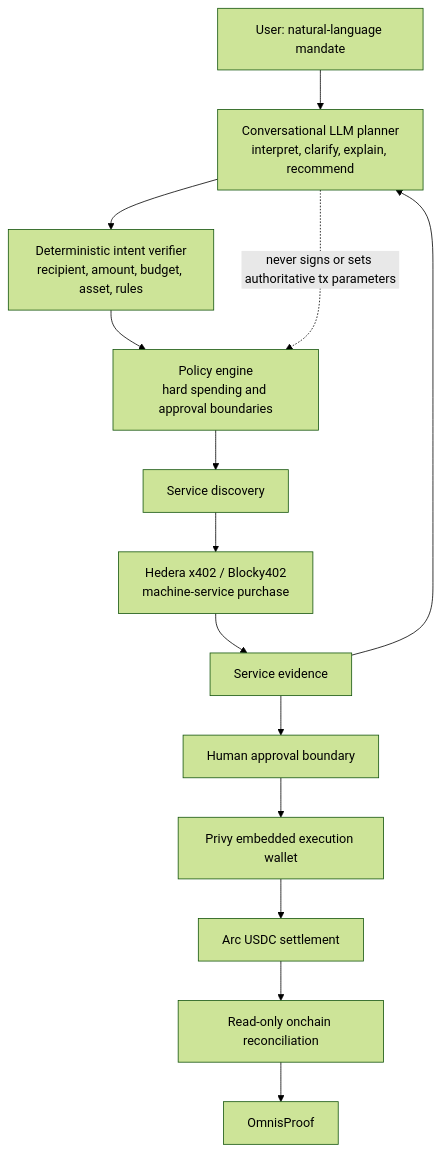
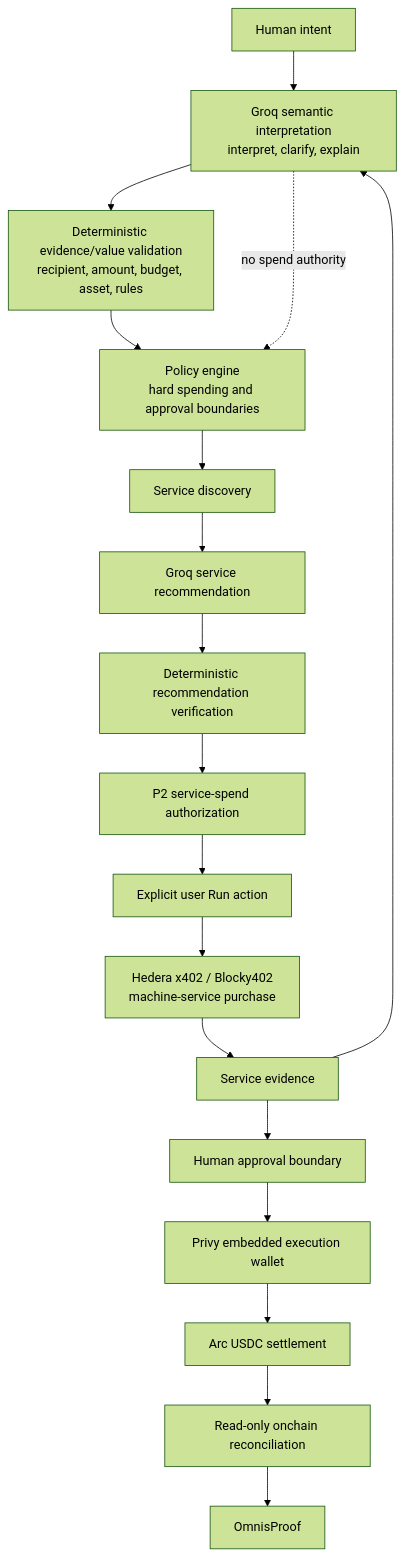
The first of 2 diagrams in README.md (Devendurance/Omnis), drawn with Mermaid (forest theme) before and after one commit. The commit also changed other lines of this file and 19 other files, not shown here.

````diff
--- a/README.md
+++ b/README.md
@@ -308,17 +340,21 @@
 ```mermaid
 flowchart TD
-    U["User: natural-language mandate"] --> L["Conversational LLM planner<br/>interpret, clarify, explain, recommend"]
-    L --> V["Deterministic intent verifier<br/>recipient, amount, budget, asset, rules"]
+    U["Human intent"] --> L["Groq semantic interpretation<br/>interpret, clarify, explain"]
+    L --> V["Deterministic evidence/value validation<br/>recipient, amount, budget, asset, rules"]
     V --> P["Policy engine<br/>hard spending and approval boundaries"]
     P --> D["Service discovery"]
-    D --> H["Hedera x402 / Blocky402<br/>machine-service purchase"]
+    D --> N["Groq service recommendation"]
+    N --> Q["Deterministic recommendation verification"]
+    Q --> G["P2 service-spend authorization"]
+    G --> X["Explicit user Run action"]
+    X --> H["Hedera x402 / Blocky402<br/>machine-service purchase"]
     H --> E["Service evidence"]
     E --> L
     E --> A["Human approval boundary"]
     A --> W["Privy embedded execution wallet"]
     W --> R["Arc USDC settlement"]
     R --> C["Read-only onchain reconciliation"]
     C --> O["OmnisProof"]
 
-    L -. "never signs or sets authoritative tx parameters" .-> P
+    L -. "no spend authority" .-> P
 ```
````
